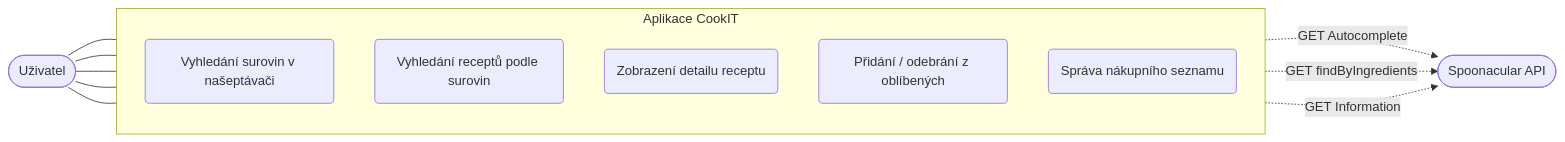
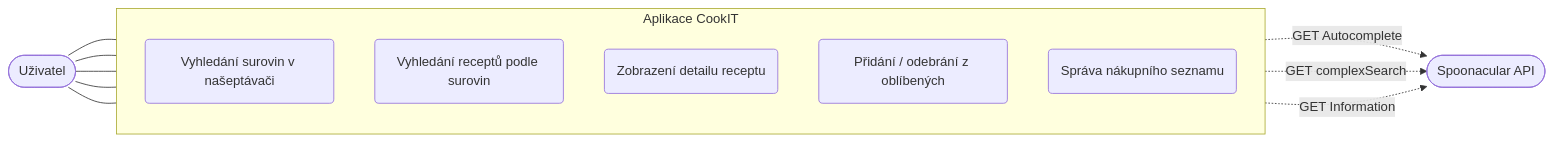
The diagram in README.md (Jester2839/CookIT), drawn with Mermaid before and after one commit. The commit also changed other lines of this file, not shown here.

````diff
--- a/README.md
+++ b/README.md
@@ -95,28 +95,28 @@
 ```mermaid
 flowchart LR
     %% Aktoři
     U([Uživatel])
     API([Spoonacular API])
 
     %% Hranice systému (Aplikace)
     subgraph CookIT [Aplikace CookIT]
         direction TB
         UC1(Vyhledání surovin v našeptávači)
         UC2(Vyhledání receptů podle surovin)
         UC3(Zobrazení detailu receptu)
         UC4(Přidání / odebrání z oblíbených)
         UC5(Správa nákupního seznamu)
     end
 
     %% Interakce uživatele se systémem
     U --- UC1
     U --- UC2
     U --- UC3
     U --- UC4
     U --- UC5
 
     %% Volání externího API systémem
     UC1 -.->|GET Autocomplete| API
-    UC2 -.->|GET findByIngredients| API
+    UC2 -.->|GET complexSearch| API
     UC3 -.->|GET Information| API
 ```
````
